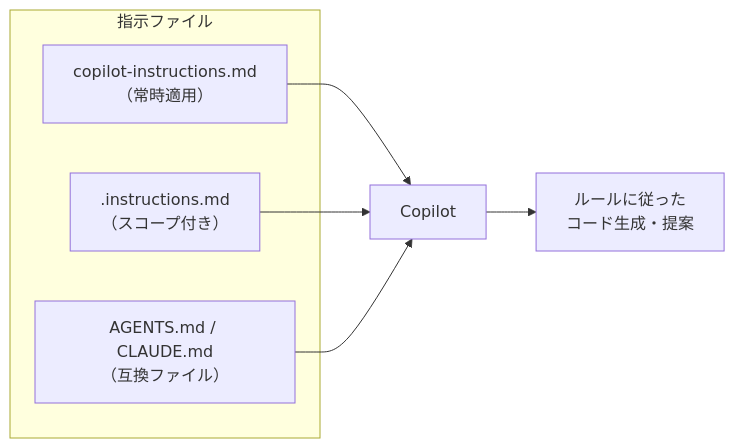
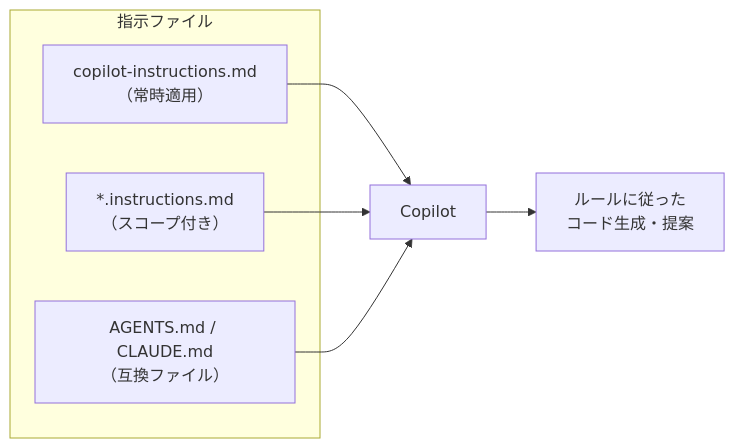
The diagram in docs/resources/diagram/01_instructions_flow.mmd (taogya/GithubCopilotCustom), drawn with Mermaid before and after one commit. The commit also changed 17 other files, not shown here.

```diff
--- a/docs/resources/diagram/01_instructions_flow.mmd
+++ b/docs/resources/diagram/01_instructions_flow.mmd
@@ -1,16 +1,16 @@
 graph LR
     subgraph files["指示ファイル"]
         A["copilot-instructions.md<br>（常時適用）"]
-        B[".instructions.md<br>（スコープ付き）"]
+        B["*.instructions.md<br>（スコープ付き）"]
         C["AGENTS.md / CLAUDE.md<br>（互換ファイル）"]
     end
     A --> D["Copilot"]
     B --> D
     C --> D
     D --> E["ルールに従った<br>コード生成・提案"]
 
     class A blue
     class B green
     class C amber
     class D purple
     class E neutral
```
